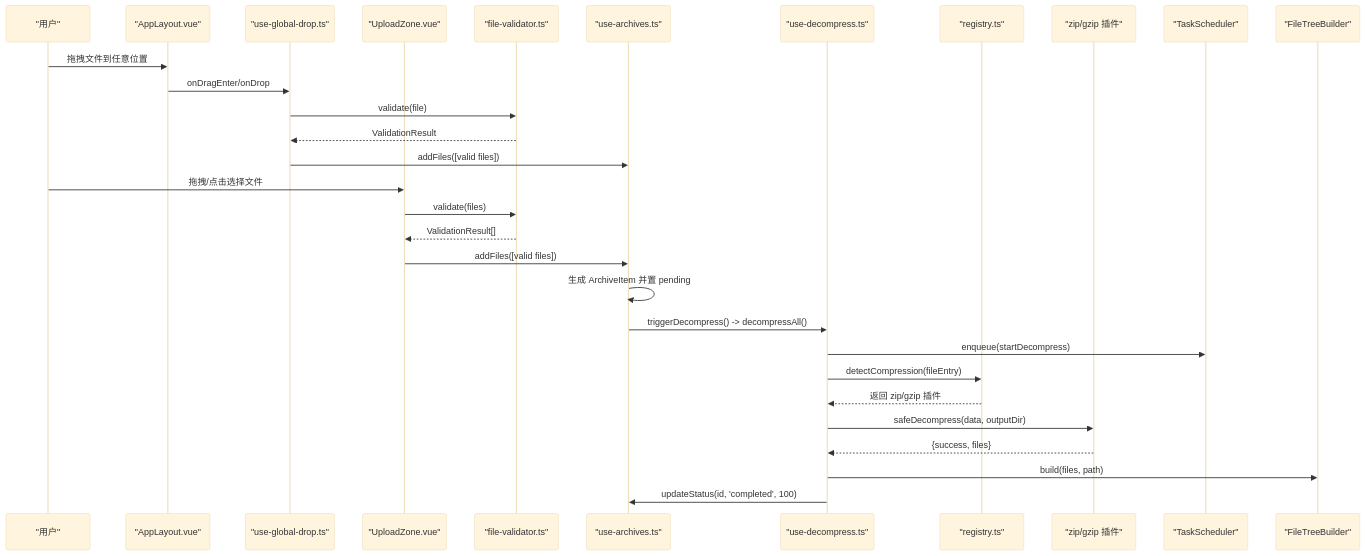
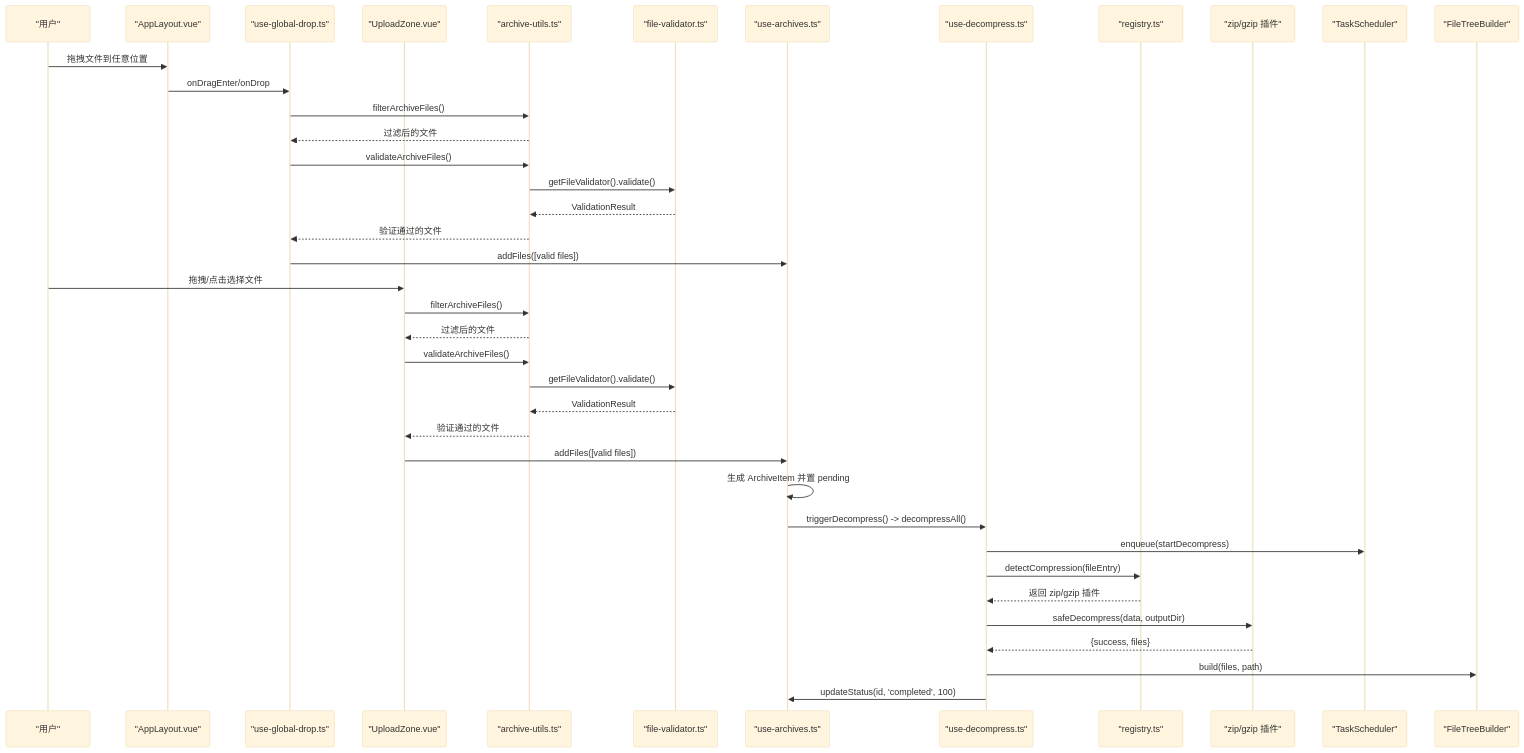
Before and after one commit to taoweidong/Hello-Tauri: the second of 4 diagrams in .qoder/repowiki/zh/content/架构设计/组件层次结构/档案面板组件/UploadZone 上传区域组件.md, drawn with Mermaid (base theme). The commit also changed other lines of this file and 119 other files, not shown here.

````diff
--- a/.qoder/repowiki/zh/content/架构设计/组件层次结构/档案面板组件/UploadZone 上传区域组件.md
+++ b/.qoder/repowiki/zh/content/架构设计/组件层次结构/档案面板组件/UploadZone 上传区域组件.md
@@ -108,32 +117,41 @@
 ```mermaid
 sequenceDiagram
 participant User as "用户"
 participant AL as "AppLayout.vue"
 participant UGD as "use-global-drop.ts"
 participant UZ as "UploadZone.vue"
+participant AU as "archive-utils.ts"
 participant FV as "file-validator.ts"
 participant UM as "use-archives.ts"
 participant UD as "use-decompress.ts"
 participant REG as "registry.ts"
 participant PLG as "zip/gzip 插件"
 participant TS as "TaskScheduler"
 participant FT as "FileTreeBuilder"
 User->>AL : 拖拽文件到任意位置
 AL->>UGD : onDragEnter/onDrop
-UGD->>FV : validate(file)
-FV-->>UGD : ValidationResult
+UGD->>AU : filterArchiveFiles()
+AU-->>UGD : 过滤后的文件
+UGD->>AU : validateArchiveFiles()
+AU->>FV : getFileValidator().validate()
+FV-->>AU : ValidationResult
+AU-->>UGD : 验证通过的文件
 UGD->>UM : addFiles([valid files])
 User->>UZ : 拖拽/点击选择文件
-UZ->>FV : validate(files)
-FV-->>UZ : ValidationResult[]
+UZ->>AU : filterArchiveFiles()
+AU-->>UZ : 过滤后的文件
+UZ->>AU : validateArchiveFiles()
+AU->>FV : getFileValidator().validate()
+FV-->>AU : ValidationResult
+AU-->>UZ : 验证通过的文件
 UZ->>UM : addFiles([valid files])
 UM->>UM : 生成 ArchiveItem 并置 pending
 UM->>UD : triggerDecompress() -> decompressAll()
 UD->>TS : enqueue(startDecompress)
 UD->>REG : detectCompression(fileEntry)
 REG-->>UD : 返回 zip/gzip 插件
 UD->>PLG : safeDecompress(data, outputDir)
 PLG-->>UD : {success, files}
 UD->>FT : build(files, path)
 UD->>UM : updateStatus(id, 'completed', 100)
 ```
````
